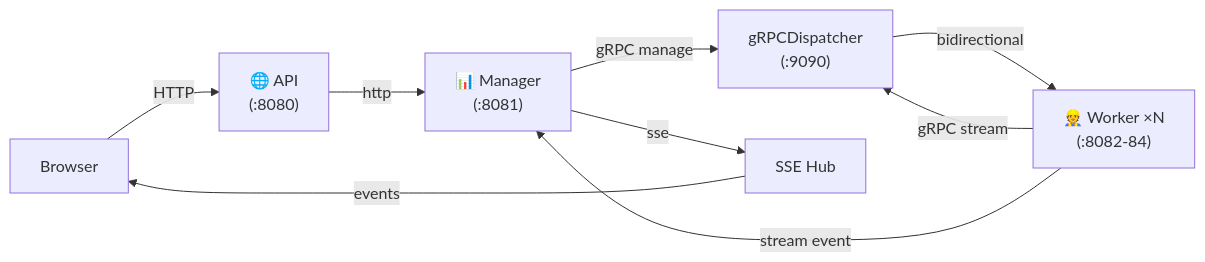
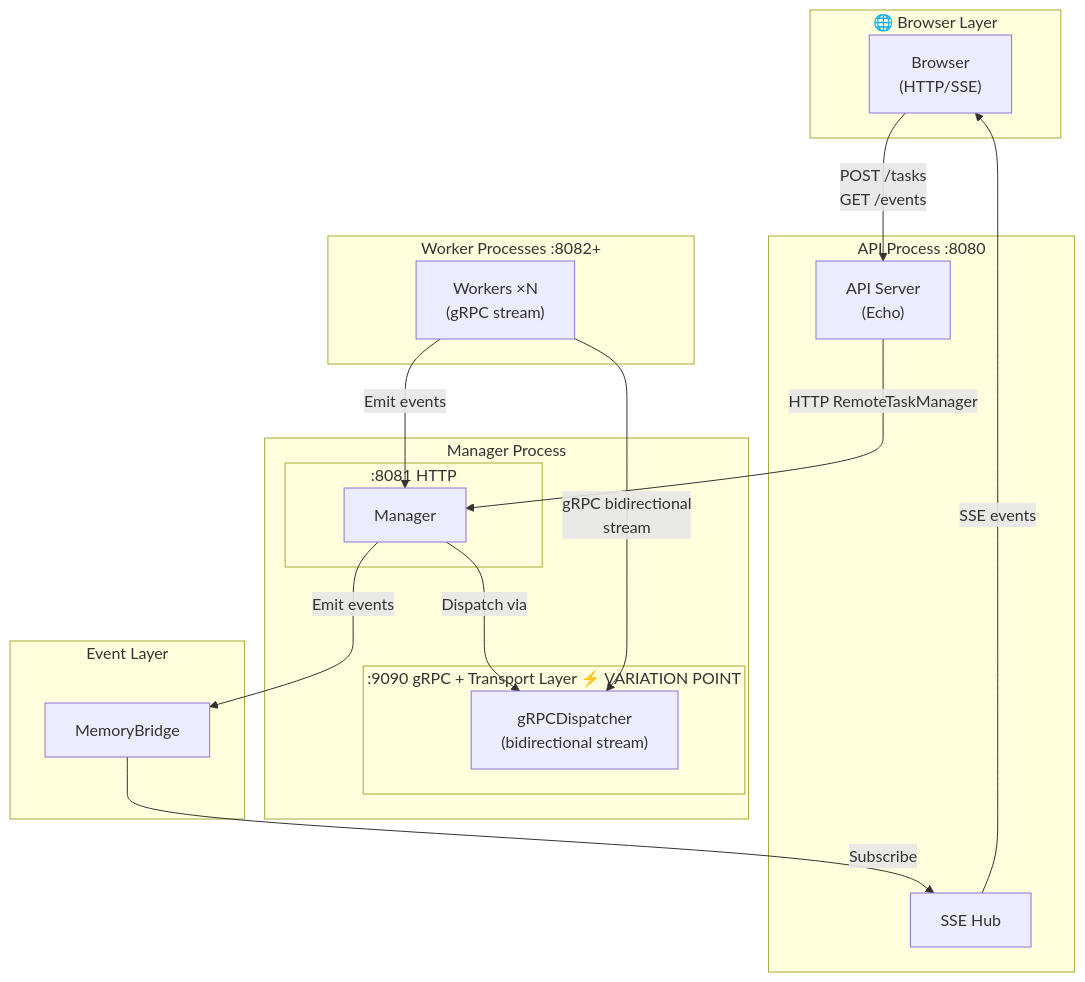
The fourth of 7 diagrams in README.md (deyarchit/work-distribution-patterns), drawn with Mermaid before and after one commit. The commit also changed other lines of this file, not shown here.

First line of the commit message:
Refactor diagrams with layered architecture

````diff
--- a/README.md
+++ b/README.md
@@ -72,11 +148,37 @@
 ```mermaid
-graph LR
-    Browser -->|HTTP| API["🌐 API<br/>(:8080)"]
-    API -->|http| Manager["📊 Manager<br/>(:8081)"]
-    Manager -->|gRPC manage| GD["gRPCDispatcher<br/>(:9090)"]
-    Worker["👷 Worker ×N<br/>(:8082-84)"] -->|gRPC stream| GD
-    GD -->|bidirectional| Worker
-    Worker -->|stream event| Manager
-    Manager -->|sse| Hub["SSE Hub"]
-    Hub -->|events| Browser
+graph TB
+    subgraph L1["🌐 Browser Layer"]
+        Browser["Browser<br/>(HTTP/SSE)"]
+    end
+
+    subgraph L2["API Process :8080"]
+        API["API Server<br/>(Echo)"]
+        SSEHub["SSE Hub"]
+    end
+
+    subgraph L3["Manager Process"]
+        subgraph L3a[":8081 HTTP"]
+            Manager["Manager"]
+        end
+        subgraph L3b[":9090 gRPC + Transport Layer ⚡ VARIATION POINT"]
+            GD["gRPCDispatcher<br/>(bidirectional stream)"]
+        end
+    end
+
+    subgraph L4["Worker Processes :8082+"]
+        Workers["Workers ×N<br/>(gRPC stream)"]
+    end
+
+    subgraph L5["Event Layer"]
+        EventBridge["MemoryBridge"]
+    end
+
+    Browser -->|POST /tasks<br/>GET /events| API
+    API -->|HTTP RemoteTaskManager| Manager
+    Manager -->|Dispatch via| GD
+    Workers -->|gRPC bidirectional<br/>stream| GD
+    Workers -->|Emit events| Manager
+    Manager -->|Emit events| EventBridge
+    EventBridge -->|Subscribe| SSEHub
+    SSEHub -->|SSE events| Browser
 ```
````
